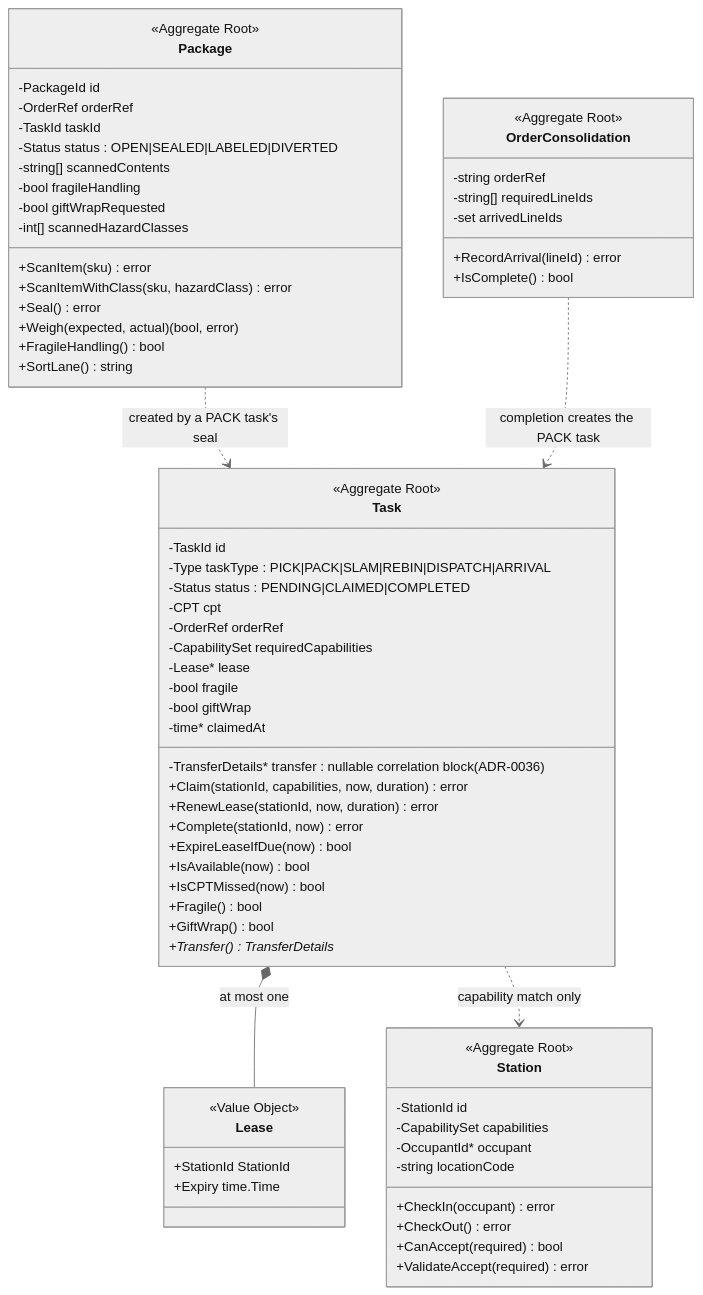
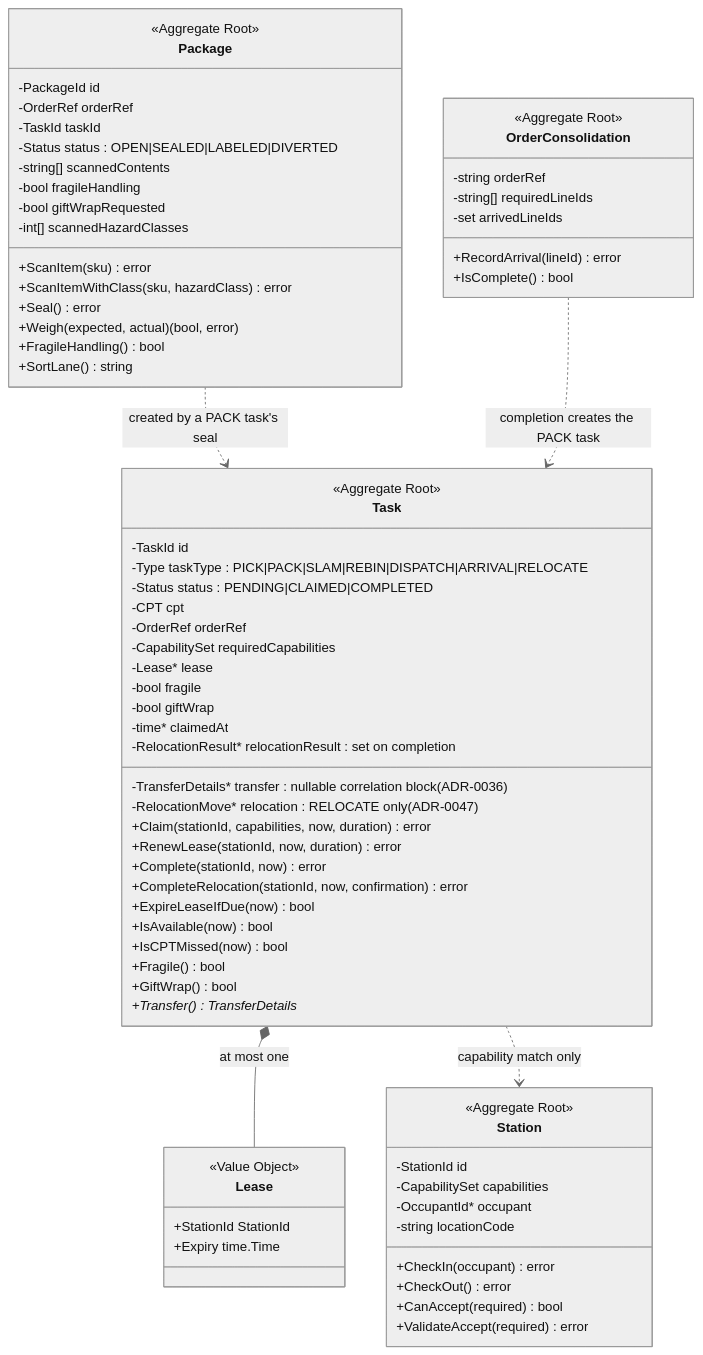
The diagram in docs/docs/ddd/aggregates-and-invariants.md (IQVO/fulfillment-execution), drawn with Mermaid (neutral theme) before and after one commit. The commit also changed other lines of this file and 11 other files, not shown here.

````diff
--- a/docs/docs/ddd/aggregates-and-invariants.md
+++ b/docs/docs/ddd/aggregates-and-invariants.md
@@ -18,71 +18,74 @@
 ```mermaid
 classDiagram
     class Task {
         <<Aggregate Root>>
         -TaskId id
-        -Type taskType : PICK|PACK|SLAM|REBIN|DISPATCH|ARRIVAL
+        -Type taskType : PICK|PACK|SLAM|REBIN|DISPATCH|ARRIVAL|RELOCATE
         -Status status : PENDING|CLAIMED|COMPLETED
         -CPT cpt
         -OrderRef orderRef
         -CapabilitySet requiredCapabilities
         -Lease* lease
         -bool fragile
         -bool giftWrap
         -time* claimedAt
         -TransferDetails* transfer : nullable correlation block (ADR-0036)
+        -RelocationMove* relocation : RELOCATE only (ADR-0047)
+        -RelocationResult* relocationResult : set on completion
         +Claim(stationId, capabilities, now, duration) error
         +RenewLease(stationId, now, duration) error
         +Complete(stationId, now) error
+        +CompleteRelocation(stationId, now, confirmation) error
         +ExpireLeaseIfDue(now) bool
         +IsAvailable(now) bool
         +IsCPTMissed(now) bool
         +Fragile() bool
         +GiftWrap() bool
         +Transfer() TransferDetails*
     }
     class Lease {
         <<Value Object>>
         +StationId StationId
         +Expiry time.Time
     }
     class Station {
         <<Aggregate Root>>
         -StationId id
         -CapabilitySet capabilities
         -OccupantId* occupant
         -string locationCode
         +CheckIn(occupant) error
         +CheckOut() error
         +CanAccept(required) bool
         +ValidateAccept(required) error
     }
     class Package {
         <<Aggregate Root>>
         -PackageId id
         -OrderRef orderRef
         -TaskId taskId
         -Status status : OPEN|SEALED|LABELED|DIVERTED
         -string[] scannedContents
         -bool fragileHandling
         -bool giftWrapRequested
         -int[] scannedHazardClasses
         +ScanItem(sku) error
         +ScanItemWithClass(sku, hazardClass) error
         +Seal() error
         +Weigh(expected, actual) (bool, error)
         +FragileHandling() bool
         +SortLane() string
     }
     class OrderConsolidation {
         <<Aggregate Root>>
         -string orderRef
         -string[] requiredLineIds
         -set arrivedLineIds
         +RecordArrival(lineId) error
         +IsComplete() bool
     }
     Task *-- Lease : at most one
     Task ..> Station : capability match only
     Package ..> Task : created by a PACK task's seal
     OrderConsolidation ..> Task : completion creates the PACK task
 ```
````
